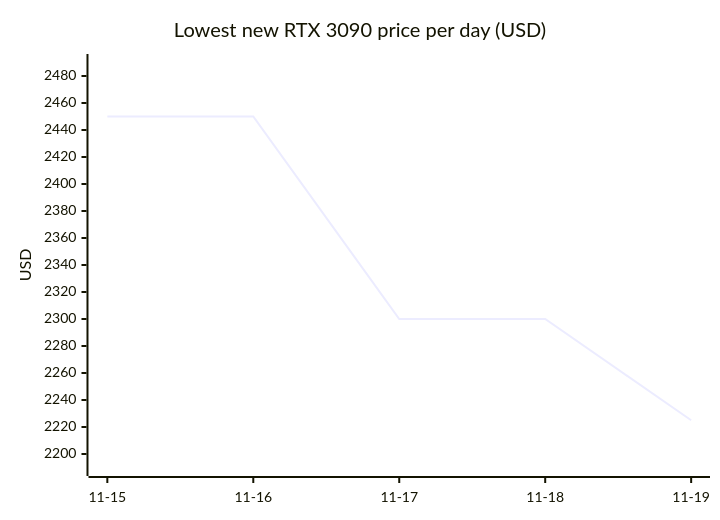
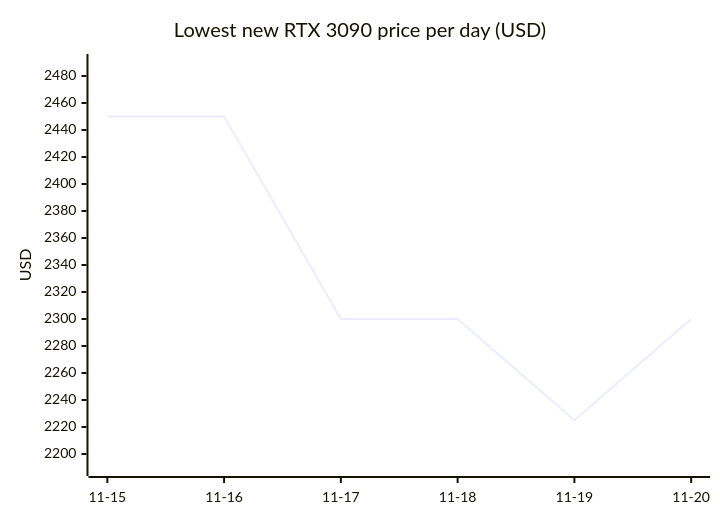
Before and after one commit to 7324136828/4tb_ssd_price_watch: the ninth of 18 diagrams in README.md, drawn with Mermaid. The commit also changed other lines of this file, not shown here.

````diff
--- a/README.md
+++ b/README.md
@@ -748,7 +784,7 @@
 ```mermaid
 xychart-beta
     title "Lowest new RTX 3090 price per day (USD)"
-    x-axis ["11-15", "11-16", "11-17", "11-18", "11-19"]
+    x-axis ["11-15", "11-16", "11-17", "11-18", "11-19", "11-20"]
     y-axis "USD" 2190 --> 2490
-    line [2450.00, 2450.00, 2300.00, 2300.00, 2225.00]
+    line [2450.00, 2450.00, 2300.00, 2300.00, 2225.00, 2300.00]
 ```
````
